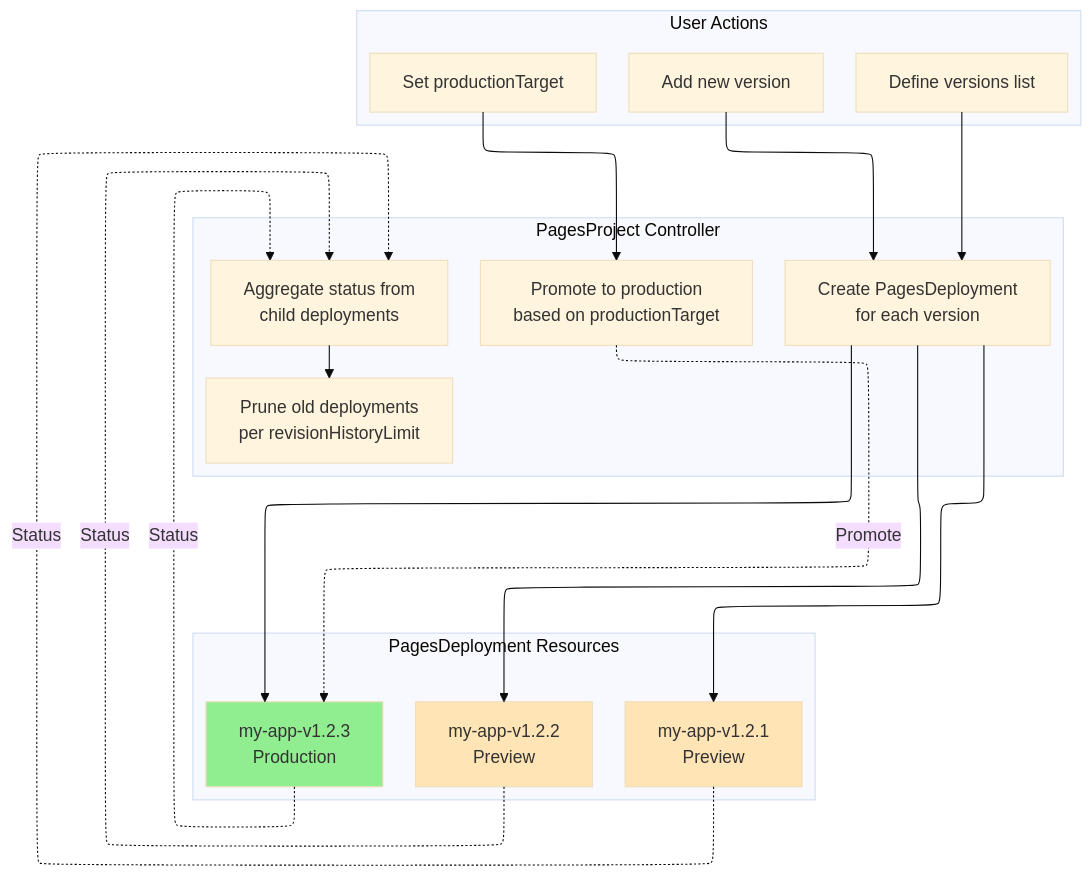
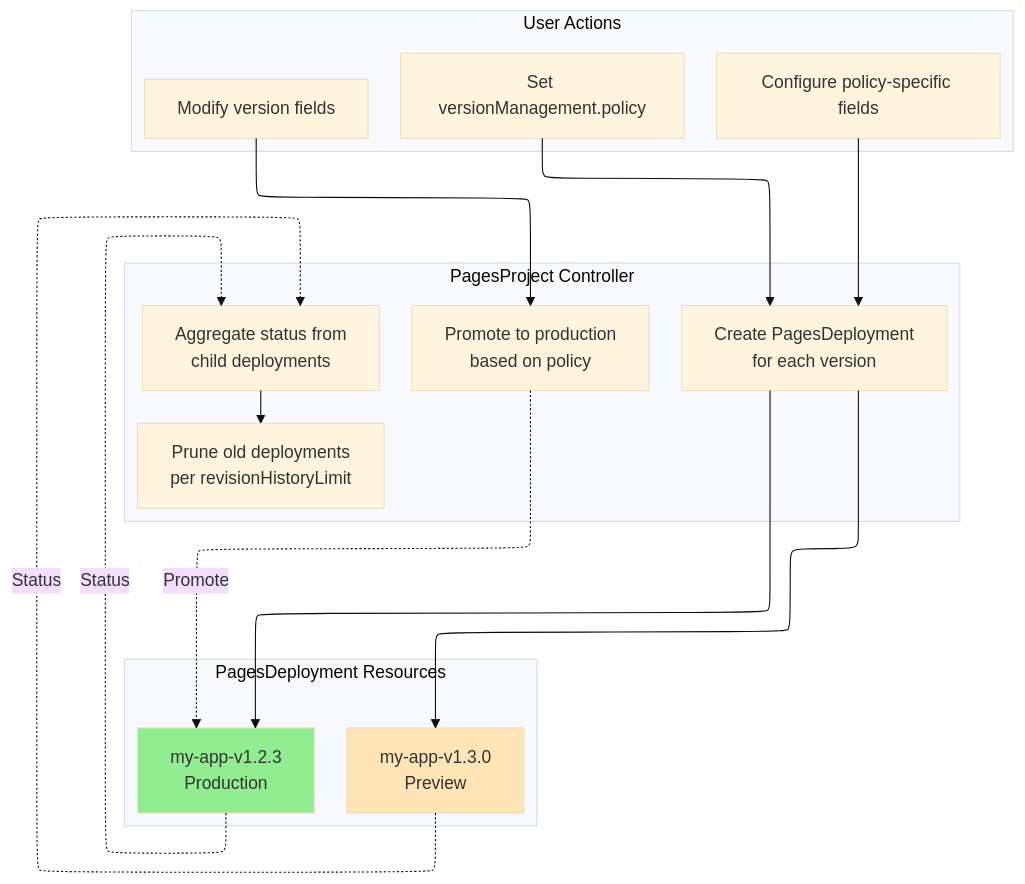
Before and after one commit to StringKe/cloudflare-operator: the diagram in docs/en/api-reference/pagesproject.md, drawn with Mermaid (base theme). The commit also changed other lines of this file and 21 other files, not shown here.

First line of the commit message:
feat(pagesproject): implement 8 version management policies

````diff
--- a/docs/en/api-reference/pagesproject.md
+++ b/docs/en/api-reference/pagesproject.md
@@ -177,41 +229,37 @@
 ```mermaid
 ---
 config:
   layout: elk
 ---
 graph TB
     subgraph User["User Actions"]
-        A1[Define versions list]
-        A2[Set productionTarget]
-        A3[Add new version]
+        A1[Set versionManagement.policy]
+        A2[Configure policy-specific fields]
+        A3[Modify version fields]
     end
 
     subgraph Controller["PagesProject Controller"]
         C1[Create PagesDeployment<br/>for each version]
-        C2[Promote to production<br/>based on productionTarget]
+        C2[Promote to production<br/>based on policy]
         C3[Aggregate status from<br/>child deployments]
         C4[Prune old deployments<br/>per revisionHistoryLimit]
     end
 
     subgraph Deployment["PagesDeployment Resources"]
         D1[my-app-v1.2.3<br/>Production]
-        D2[my-app-v1.2.2<br/>Preview]
-        D3[my-app-v1.2.1<br/>Preview]
+        D2[my-app-v1.3.0<br/>Preview]
     end
 
     A1 --> C1
-    A2 --> C2
-    A3 --> C1
+    A2 --> C1
+    A3 --> C2
     C1 --> D1
     C1 --> D2
-    C1 --> D3
     C2 -.Promote.-> D1
     D1 -.Status.-> C3
     D2 -.Status.-> C3
-    D3 -.Status.-> C3
     C3 --> C4
 
     style D1 fill:#90EE90
     style D2 fill:#FFE4B5
-    style D3 fill:#FFE4B5
 ```
````
